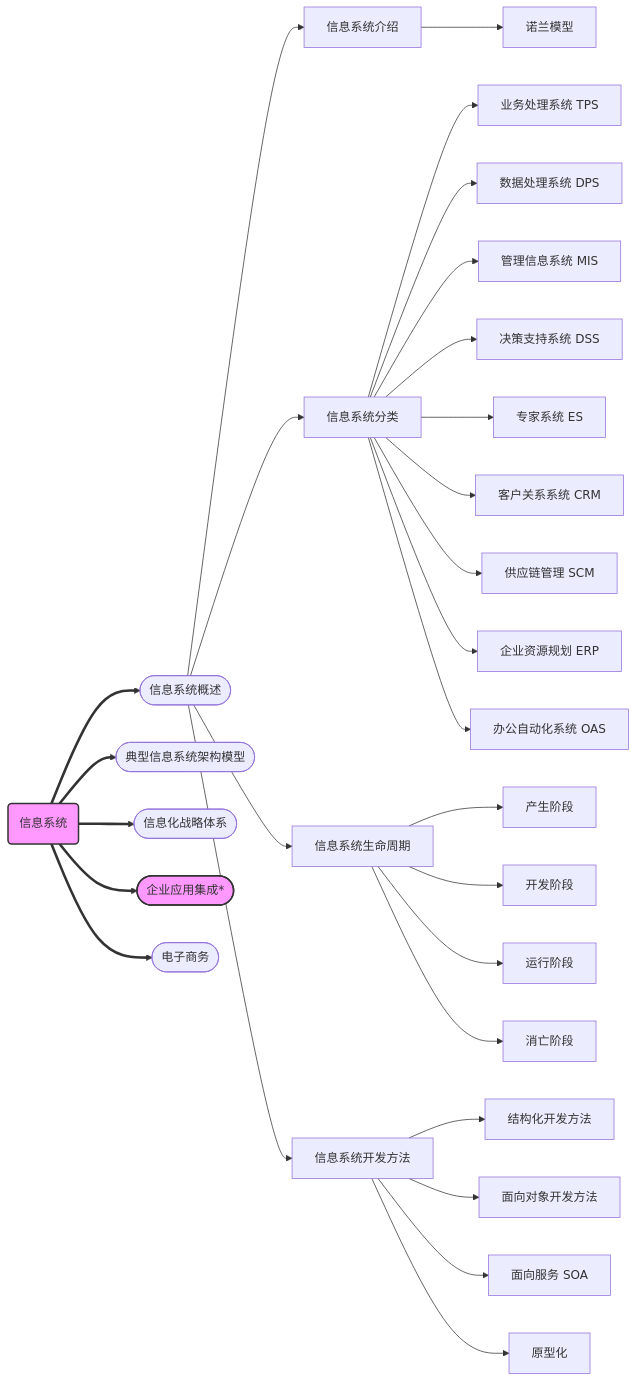
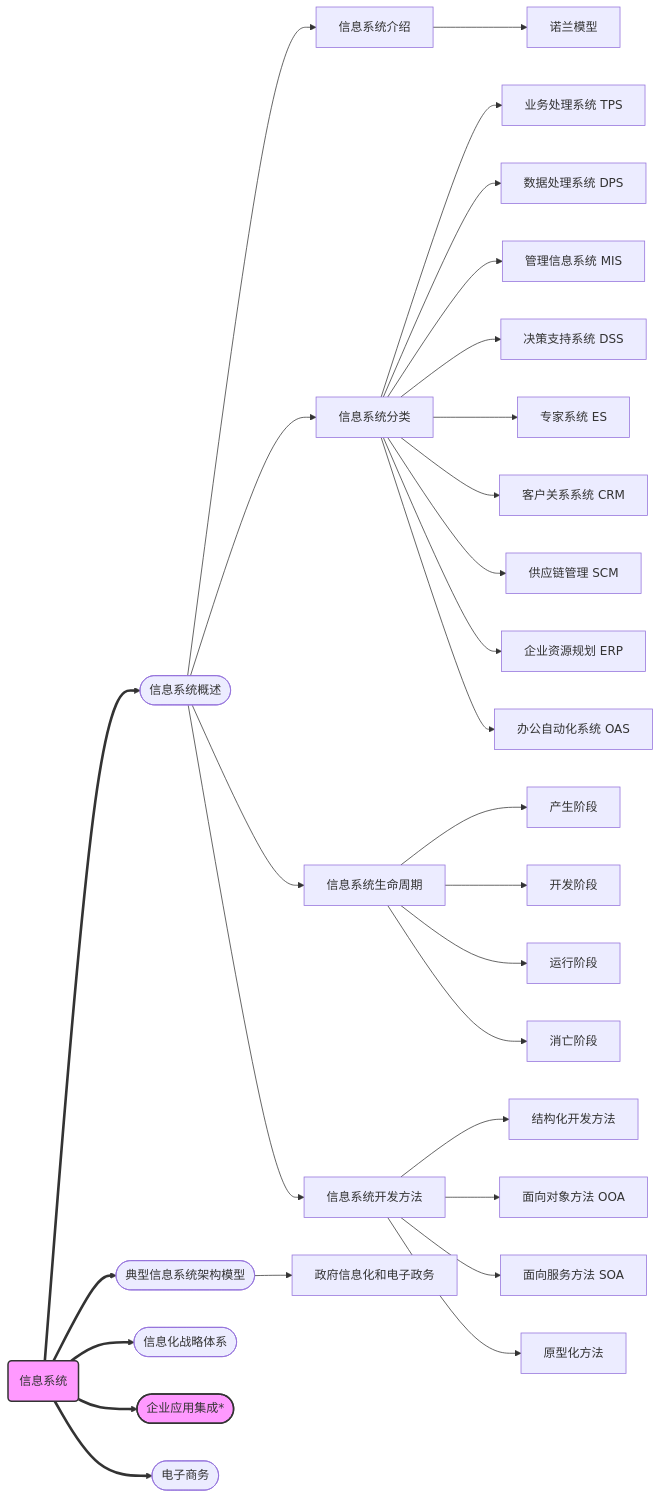
Before and after one commit to Rtoax/test-linux: the first of 3 diagrams in Documentation/ruankao/information-system.rst, drawn with Mermaid. The commit also changed 1 other file, not shown here.

Commit message:
Doc: ruankao: update information-system.rst
Vers: Ubuntu 25.10, Linux 6.17.0-19-generic, LaTeXmk 4.87, Sphinx 8.2.3, Python 3.13.7

```diff
--- a/Documentation/ruankao/information-system.rst
+++ b/Documentation/ruankao/information-system.rst
@@ -18,39 +18,41 @@
 .. mermaid::
    :caption: 信息系统
 
     flowchart LR
         Info(信息系统) ==> Summary([信息系统概述])
         Info ==> Models([典型信息系统架构模型])
         Info ==> Strategy([信息化战略体系])
         Info ==> EAI([企业应用集成*])
         Info ==> E-commerce([电子商务])
 
         Summary --> InfoIntroduce[信息系统介绍]
         Summary --> InfoType[信息系统分类]
         Summary --> InfoLifeCycle[信息系统生命周期]
         Summary --> InfoDevelMethod[信息系统开发方法]
+
+        Models --> Model1[政府信息化和电子政务]
 
         InfoIntroduce --> Nolan[诺兰模型]
 
         InfoType --> TPS[业务处理系统 TPS]
         InfoType --> DPS[数据处理系统 DPS]
         InfoType --> MIS[管理信息系统 MIS]
         InfoType --> DSS[决策支持系统 DSS]
         InfoType --> ES[专家系统 ES]
         InfoType --> CRM[客户关系系统 CRM]
         InfoType --> SCM[供应链管理 SCM]
         InfoType --> ERP[企业资源规划 ERP]
         InfoType --> OAS[办公自动化系统 OAS]
 
         InfoLifeCycle --> Cycle1[产生阶段]
         InfoLifeCycle --> Cycle2[开发阶段]
         InfoLifeCycle --> Cycle3[运行阶段]
         InfoLifeCycle --> Cycle4[消亡阶段]
 
         InfoDevelMethod --> Method1[结构化开发方法]
-        InfoDevelMethod --> Method2[面向对象开发方法]
-        InfoDevelMethod --> Method3[面向服务 SOA]
-        InfoDevelMethod --> Method4[原型化]
+        InfoDevelMethod --> Method2[面向对象方法 OOA]
+        InfoDevelMethod --> Method3[面向服务方法 SOA]
+        InfoDevelMethod --> Method4[原型化方法]
 
         style Info fill:#f9f,stroke:#333,stroke-width:2px
         style EAI fill:#f9f,stroke:#333,stroke-width:2px
```
